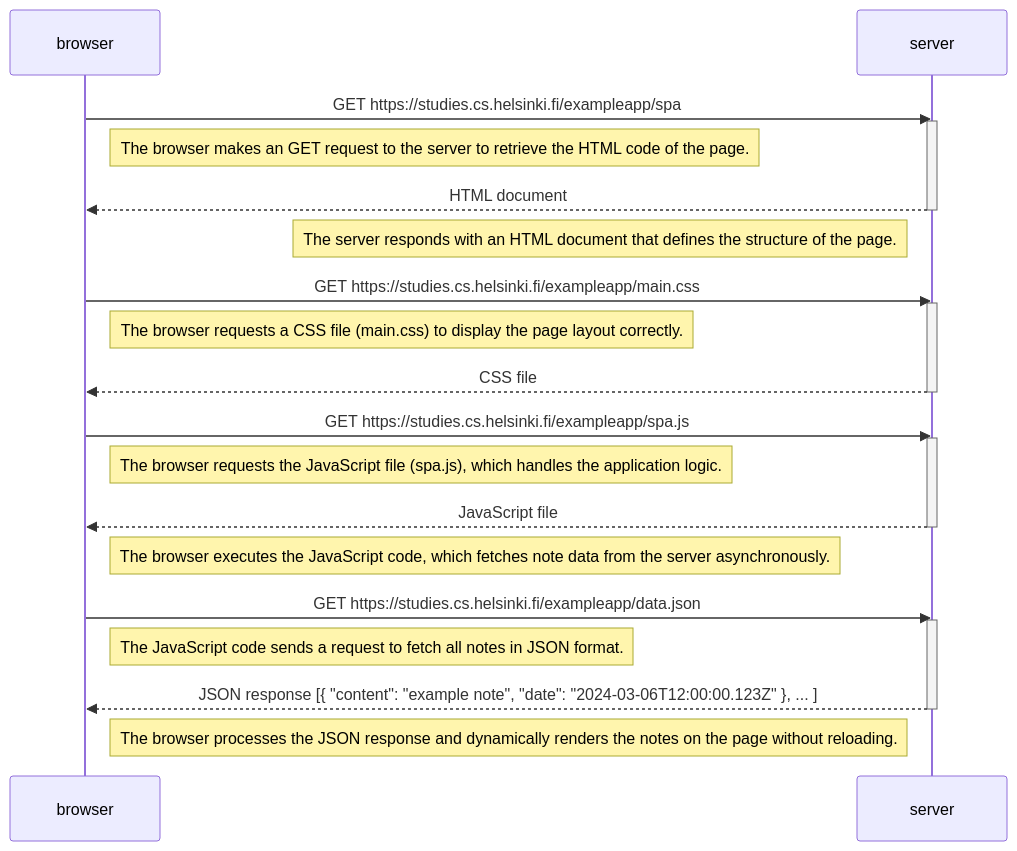
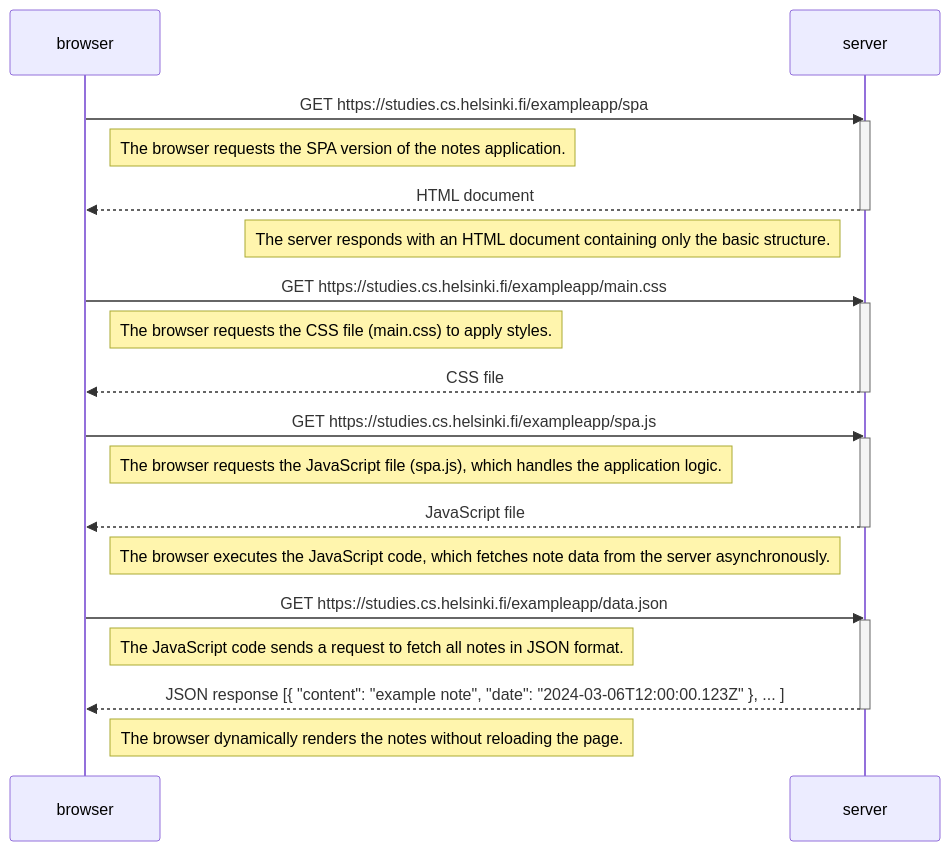
The second of 3 diagrams in osa0/README.md (Maahantuoja/mooc_fullstackopen_palautusrepositorio), drawn with Mermaid before and after one commit. The commit also changed other lines of this file, not shown here.

````diff
--- a/osa0/README.md
+++ b/osa0/README.md
@@ -58,43 +58,43 @@
 ```mermaid
 sequenceDiagram
     participant browser
     participant server
 
     browser->>server: GET https://studies.cs.helsinki.fi/exampleapp/spa
     activate server
 
-    Note right of browser: The browser makes an GET request to the server to retrieve the HTML code of the page.
+    Note right of browser: The browser requests the SPA version of the notes application.
 
     server-->>browser: HTML document
     deactivate server
 
-    Note left of server: The server responds with an HTML document that defines the structure of the page.
+    Note left of server: The server responds with an HTML document containing only the basic structure.
 
     browser->>server: GET https://studies.cs.helsinki.fi/exampleapp/main.css
     activate server
 
-    Note right of browser: The browser requests a CSS file (main.css) to display the page layout correctly.
+    Note right of browser: The browser requests the CSS file (main.css) to apply styles.
 
     server-->>browser: CSS file
     deactivate server
     
     browser->>server: GET https://studies.cs.helsinki.fi/exampleapp/spa.js
     activate server
 
     Note right of browser: The browser requests the JavaScript file (spa.js), which handles the application logic.
 
     server-->>browser: JavaScript file
     deactivate server
 
     Note right of browser: The browser executes the JavaScript code, which fetches note data from the server asynchronously.
 
     browser->>server: GET https://studies.cs.helsinki.fi/exampleapp/data.json
     activate server
 
     Note right of browser: The JavaScript code sends a request to fetch all notes in JSON format.
 
     server-->>browser: JSON response [{ "content": "example note", "date": "2024-03-06T12:00:00.123Z" }, ... ]
     deactivate server    
 
-    Note right of browser: The browser processes the JSON response and dynamically renders the notes on the page without reloading.
+    Note right of browser: The browser dynamically renders the notes without reloading the page.
 ```
````
